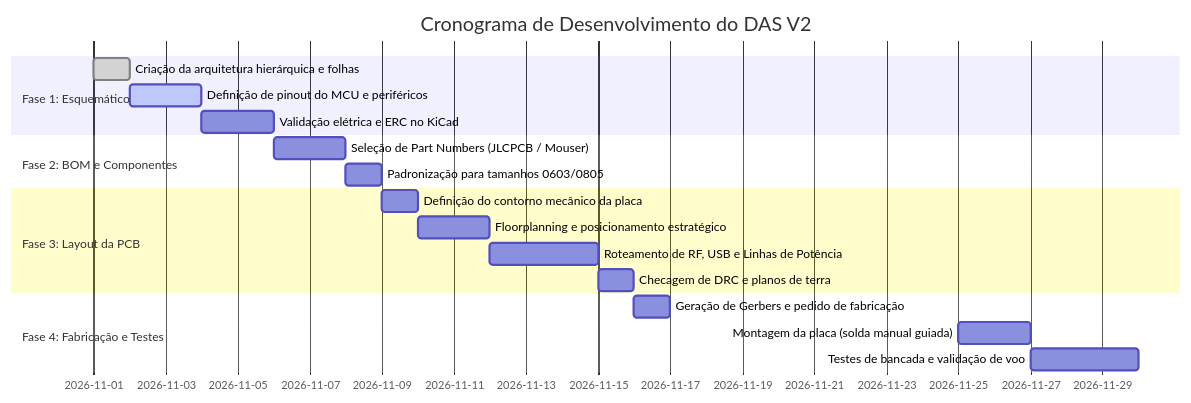
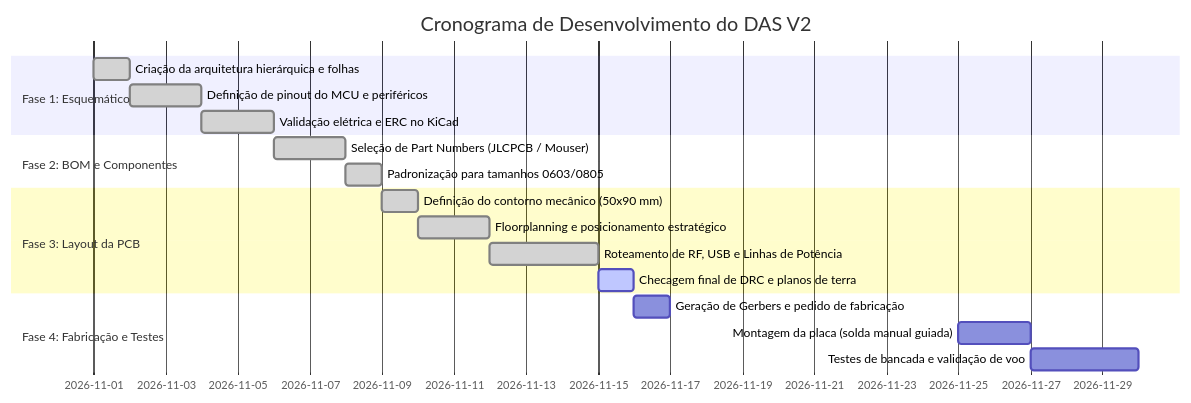
Before and after one commit to gabrielfbdiniz/DAS-Aerodesign: the diagram in docs/PLANO_DE_ACAO.md, drawn with Mermaid. The commit also changed other lines of this file and 8 other files, not shown here.

````diff
--- a/docs/PLANO_DE_ACAO.md
+++ b/docs/PLANO_DE_ACAO.md
@@ -120,21 +124,21 @@
 ```mermaid
 gantt
     title Cronograma de Desenvolvimento do DAS V2
     dateFormat  YYYY-MM-DD
     section Fase 1: Esquemático
     Criação da arquitetura hierárquica e folhas :done, 2026-11-01, 1d
-    Definição de pinout do MCU e periféricos     :active, 2026-11-02, 2d
-    Validação elétrica e ERC no KiCad            : 2026-11-04, 2d
+    Definição de pinout do MCU e periféricos     :done, 2026-11-02, 2d
+    Validação elétrica e ERC no KiCad            :done, 2026-11-04, 2d
     section Fase 2: BOM e Componentes
-    Seleção de Part Numbers (JLCPCB / Mouser)   : 2026-11-06, 2d
-    Padronização para tamanhos 0603/0805        : 2026-11-08, 1d
+    Seleção de Part Numbers (JLCPCB / Mouser)   :done, 2026-11-06, 2d
+    Padronização para tamanhos 0603/0805        :done, 2026-11-08, 1d
     section Fase 3: Layout da PCB
-    Definição do contorno mecânico da placa     : 2026-11-09, 1d
-    Floorplanning e posicionamento estratégico  : 2026-11-10, 2d
-    Roteamento de RF, USB e Linhas de Potência  : 2026-11-12, 3d
-    Checagem de DRC e planos de terra           : 2026-11-15, 1d
+    Definição do contorno mecânico (50x90 mm)   :done, 2026-11-09, 1d
+    Floorplanning e posicionamento estratégico  :done, 2026-11-10, 2d
+    Roteamento de RF, USB e Linhas de Potência  :done, 2026-11-12, 3d
+    Checagem final de DRC e planos de terra     :active, 2026-11-15, 1d
     section Fase 4: Fabricação e Testes
     Geração de Gerbers e pedido de fabricação   : 2026-11-16, 1d
     Montagem da placa (solda manual guiada)     : 2026-11-25, 2d
     Testes de bancada e validação de voo        : 2026-11-27, 3d
 ```
````
